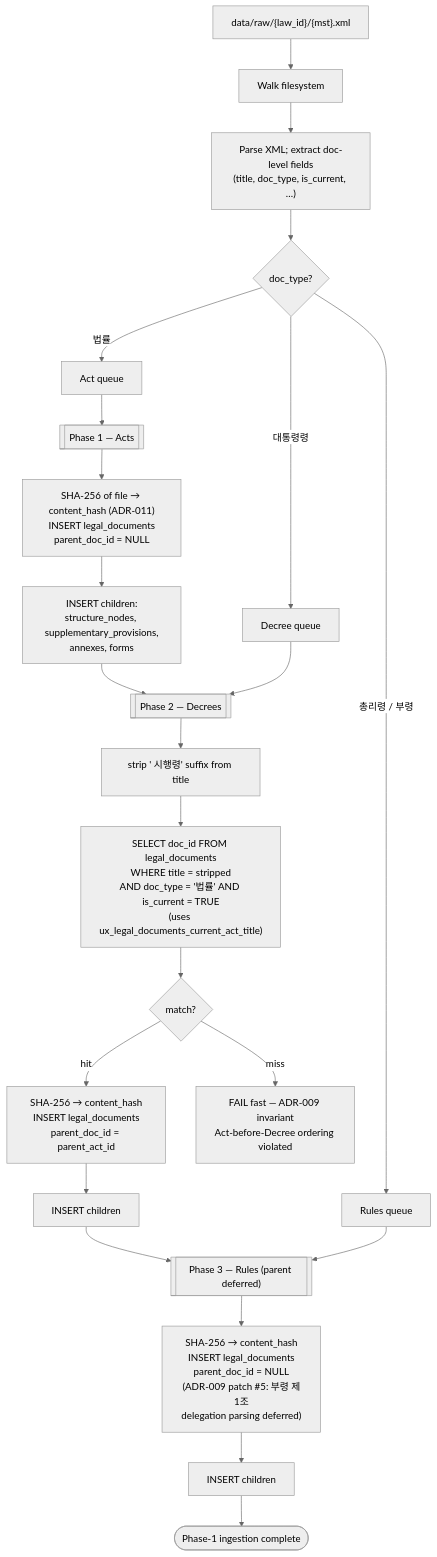
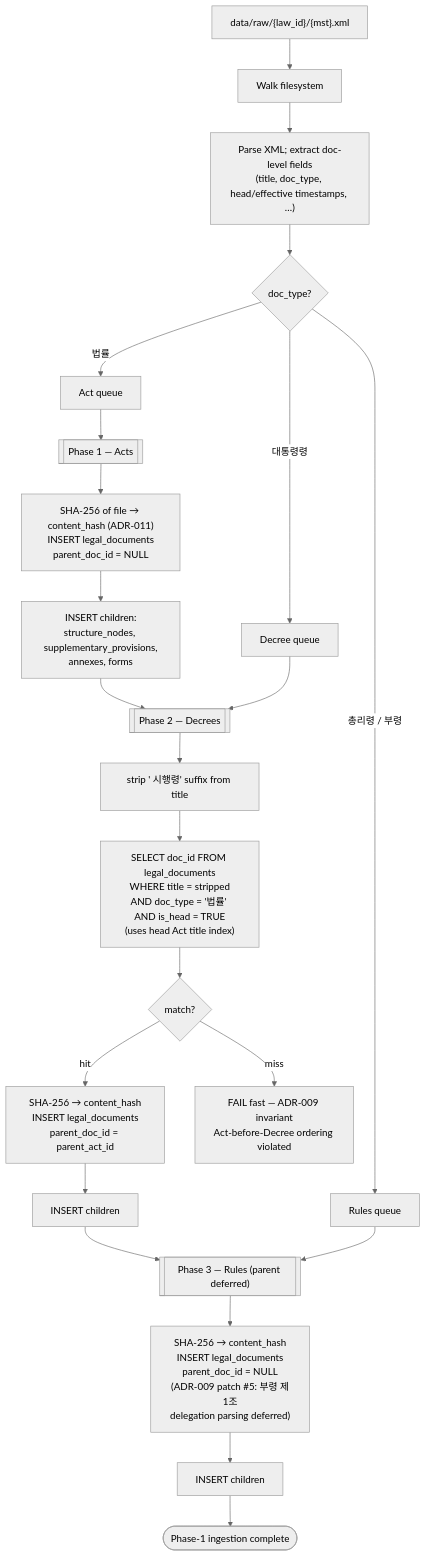
One commit to seheon99/korean-legal-retrieval-engine changed the diagram in docs/sessions/2026-05-03.md. Above: the diagram before and after it, drawn with Mermaid (neutral theme). The commit also changed other lines of this file and 5 other files, not shown here.

````diff
--- a/docs/sessions/2026-05-03.md
+++ b/docs/sessions/2026-05-03.md
@@ -53,29 +53,29 @@
 ```mermaid
 flowchart TD
   Files["data/raw/{law_id}/{mst}.xml"] --> Discover[Walk filesystem]
-  Discover --> Parse["Parse XML; extract doc-level fields<br/>(title, doc_type, is_current, …)"]
+  Discover --> Parse["Parse XML; extract doc-level fields<br/>(title, doc_type, head/effective timestamps, …)"]
   Parse --> Classify{doc_type?}
 
   Classify -->|"법률"| QA[Act queue]
   Classify -->|"대통령령"| QD[Decree queue]
   Classify -->|"총리령 / 부령"| QR[Rules queue]
 
   QA --> P1[["Phase 1 — Acts"]]
   P1 --> InsA["SHA-256 of file → content_hash (ADR-011)<br/>INSERT legal_documents<br/>parent_doc_id = NULL"]
   InsA --> KA["INSERT children:<br/>structure_nodes, supplementary_provisions,<br/>annexes, forms"]
 
   KA --> P2[["Phase 2 — Decrees"]]
   QD --> P2
   P2 --> StripD["strip ' 시행령' suffix from title"]
-  StripD --> LookupD["SELECT doc_id FROM legal_documents<br/>WHERE title = stripped<br/>AND doc_type = '법률' AND is_current = TRUE<br/>(uses ux_legal_documents_current_act_title)"]
+  StripD --> LookupD["SELECT doc_id FROM legal_documents<br/>WHERE title = stripped<br/>AND doc_type = '법률' AND is_head = TRUE<br/>(uses head Act title index)"]
   LookupD --> Match{match?}
   Match -->|hit| InsD["SHA-256 → content_hash<br/>INSERT legal_documents<br/>parent_doc_id = parent_act_id"]
   Match -->|miss| Err["FAIL fast — ADR-009 invariant<br/>Act-before-Decree ordering violated"]
   InsD --> KD["INSERT children"]
 
   KD --> P3[["Phase 3 — Rules (parent deferred)"]]
   QR --> P3
   P3 --> InsR["SHA-256 → content_hash<br/>INSERT legal_documents<br/>parent_doc_id = NULL<br/>(ADR-009 patch #5: 부령 제1조<br/>delegation parsing deferred)"]
   InsR --> KR["INSERT children"]
   KR --> Done([Phase-1 ingestion complete])
 ```
````
